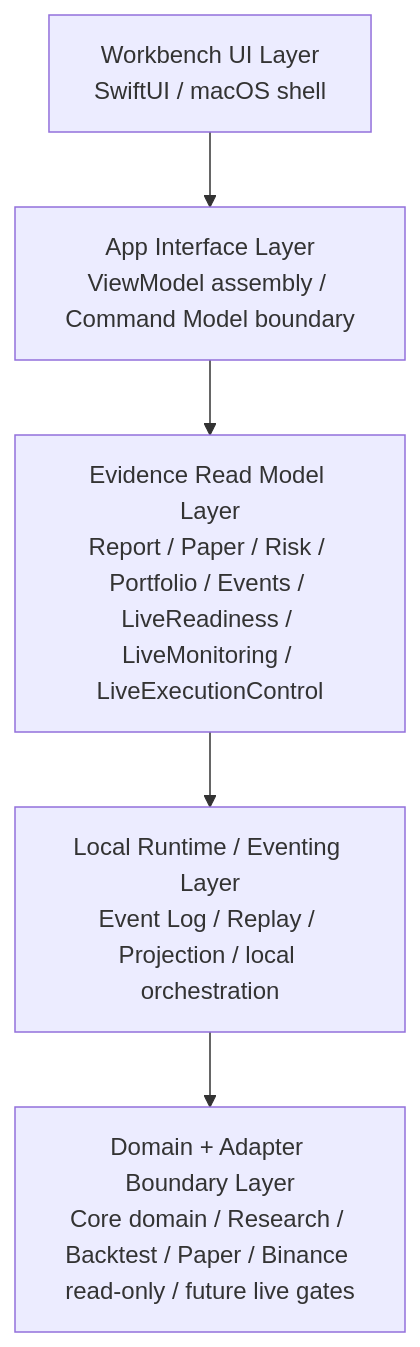
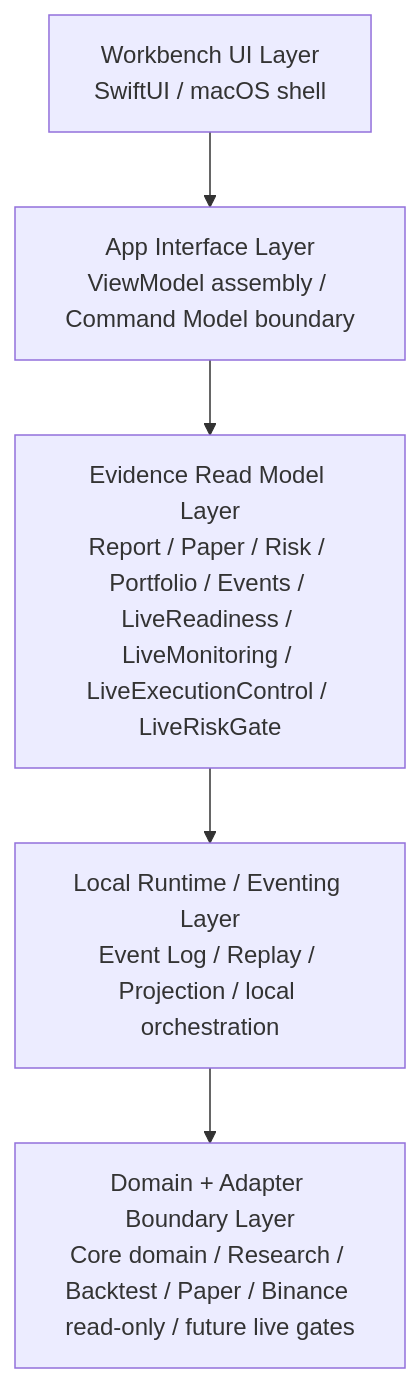
The diagram in docs/architecture.md (atxinbao/MTPRO), drawn with Mermaid before and after one commit. The commit also changed other lines of this file and 7 other files, not shown here.

Commit message:
Close Live Risk Gate root docs refresh gate (#176)

````diff
--- a/docs/architecture.md
+++ b/docs/architecture.md
@@ -47,10 +47,10 @@
 ```mermaid
 flowchart TB
     L1["Workbench UI Layer<br/>SwiftUI / macOS shell"]
     L2["App Interface Layer<br/>ViewModel assembly / Command Model boundary"]
-    L3["Evidence Read Model Layer<br/>Report / Paper / Risk / Portfolio / Events / LiveReadiness / LiveMonitoring / LiveExecutionControl"]
+    L3["Evidence Read Model Layer<br/>Report / Paper / Risk / Portfolio / Events / LiveReadiness / LiveMonitoring / LiveExecutionControl / LiveRiskGate"]
     L4["Local Runtime / Eventing Layer<br/>Event Log / Replay / Projection / local orchestration"]
     L5["Domain + Adapter Boundary Layer<br/>Core domain / Research / Backtest / Paper / Binance read-only / future live gates"]
 
     L1 --> L2 --> L3 --> L4 --> L5
 ```
````
